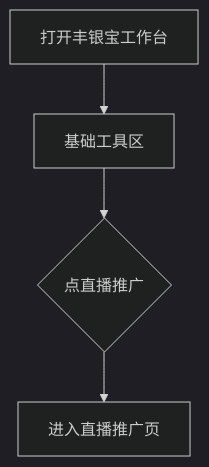
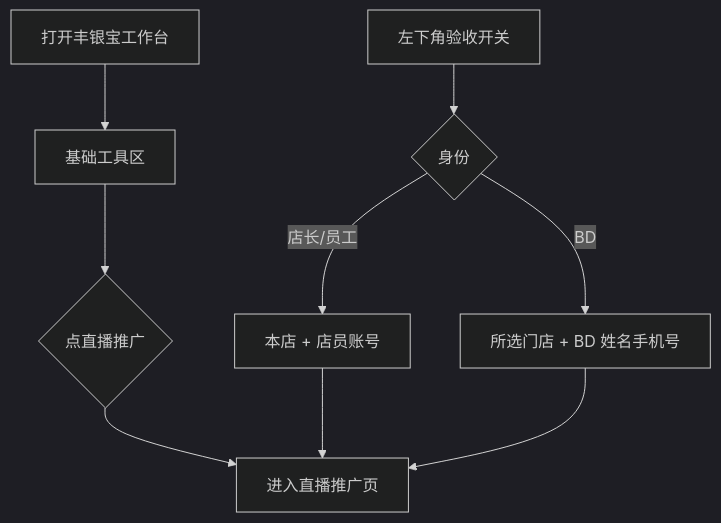
One commit to 342-droid/LFerp changed the first of 8 diagrams in prototype-prd/628-丰银宝支持通过分享冷丰鲜选直播场次链接绑定推广会员.md. Above: the diagram before and after it, drawn with Mermaid (dark theme). The commit also changed other lines of this file and 53 other files, not shown here.

````diff
--- a/prototype-prd/628-丰银宝支持通过分享冷丰鲜选直播场次链接绑定推广会员.md
+++ b/prototype-prd/628-丰银宝支持通过分享冷丰鲜选直播场次链接绑定推广会员.md
@@ -51,6 +53,11 @@
 ```mermaid
 flowchart TD
   A[打开丰银宝工作台] --> B[基础工具区]
   B --> C{点直播推广}
   C --> D[进入直播推广页]
+  E[左下角验收开关] --> F{身份}
+  F -->|店长/员工| G[本店 + 店员账号]
+  F -->|BD| H[所选门店 + BD 姓名手机号]
+  G --> D
+  H --> D
 ```
````
